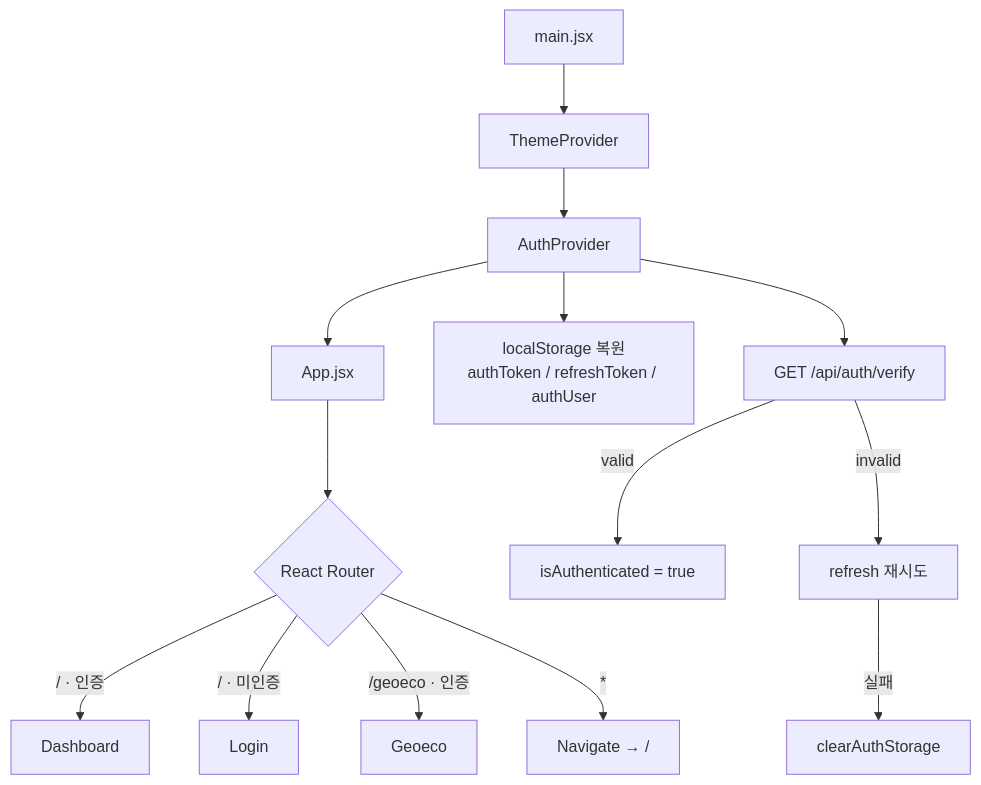
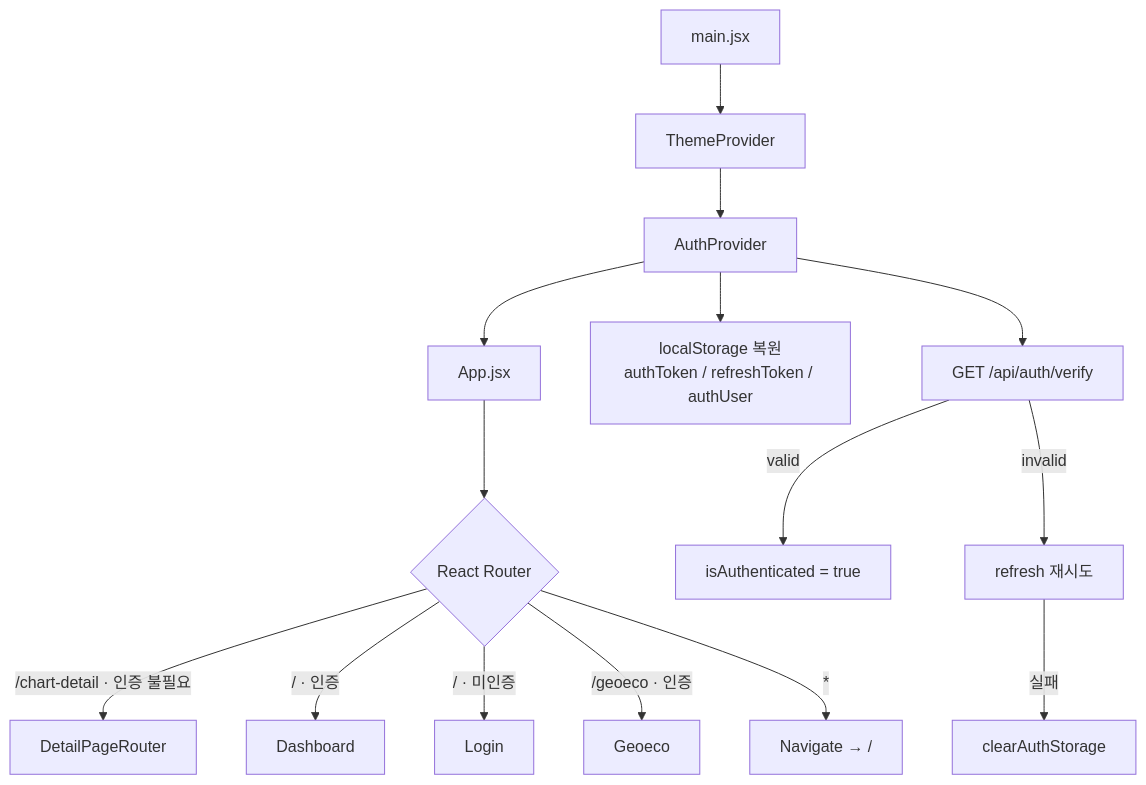
The first of 2 diagrams in client/01-앱-진입-라우팅-전역-드로어.md (inbm-company/geoverse--), drawn with Mermaid before and after one commit. The commit also changed other lines of this file and 8 other files, not shown here.

````diff
--- a/client/01-앱-진입-라우팅-전역-드로어.md
+++ b/client/01-앱-진입-라우팅-전역-드로어.md
@@ -14,16 +14,17 @@
 ```mermaid
 flowchart TD
   A["main.jsx"] --> B["ThemeProvider"]
   B --> C["AuthProvider"]
   C --> D["App.jsx"]
   C --> C1["localStorage 복원<br/>authToken / refreshToken / authUser"]
   C --> C2["GET /api/auth/verify"]
   C2 -->|"valid"| C3["isAuthenticated = true"]
   C2 -->|"invalid"| C4["refresh 재시도"]
   C4 -->|"실패"| C5["clearAuthStorage"]
   D --> E{"React Router"}
+  E -->|"/chart-detail · 인증 불필요"| H["DetailPageRouter"]
   E -->|"/ · 인증"| F["Dashboard"]
   E -->|"/ · 미인증"| G["Login"]
   E -->|"/geoeco · 인증"| I["Geoeco"]
   E -->|"*"| J["Navigate → /"]
 ```
````
